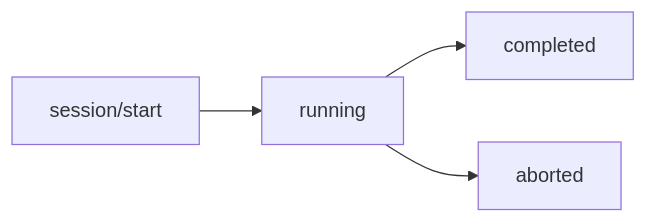
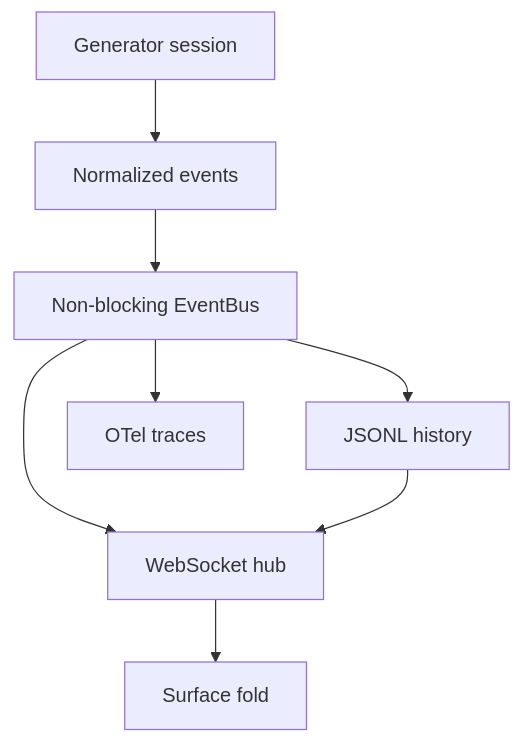
Before and after one commit to Delva0/gh-puller: the diagram in docs/agent-monitor.md, drawn with Mermaid. The commit also changed other lines of this file and 2 other files, not shown here.

````diff
--- a/docs/agent-monitor.md
+++ b/docs/agent-monitor.md
@@ -42,6 +18,10 @@
 ```mermaid
-graph LR
-    R[session/start] --> RUN[running]
-    RUN --> C[completed]
-    RUN --> A[aborted]
+flowchart TD
+    Generator[Generator session] --> Recorder[Normalized events]
+    Recorder --> Bus[Non-blocking EventBus]
+    Bus --> File[JSONL history]
+    Bus --> Hub[WebSocket hub]
+    Bus --> Trace[OTel traces]
+    File --> Hub
+    Hub --> Viewer[Surface fold]
 ```
````
